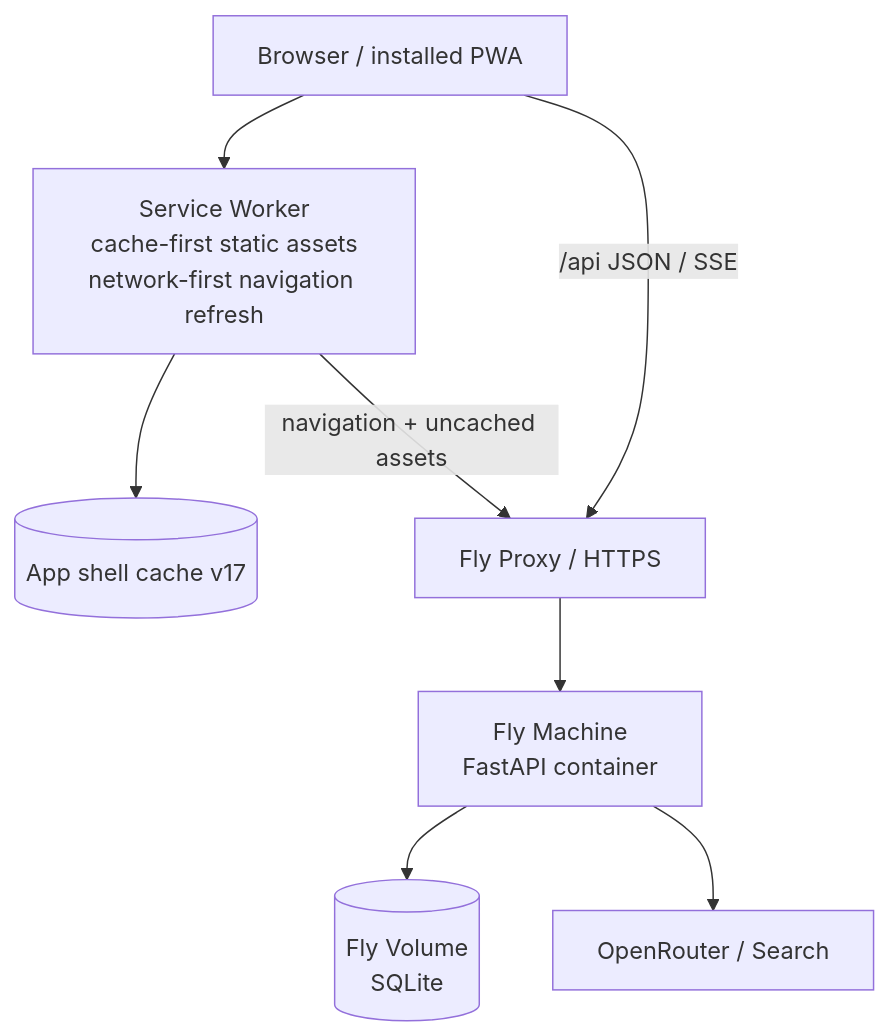
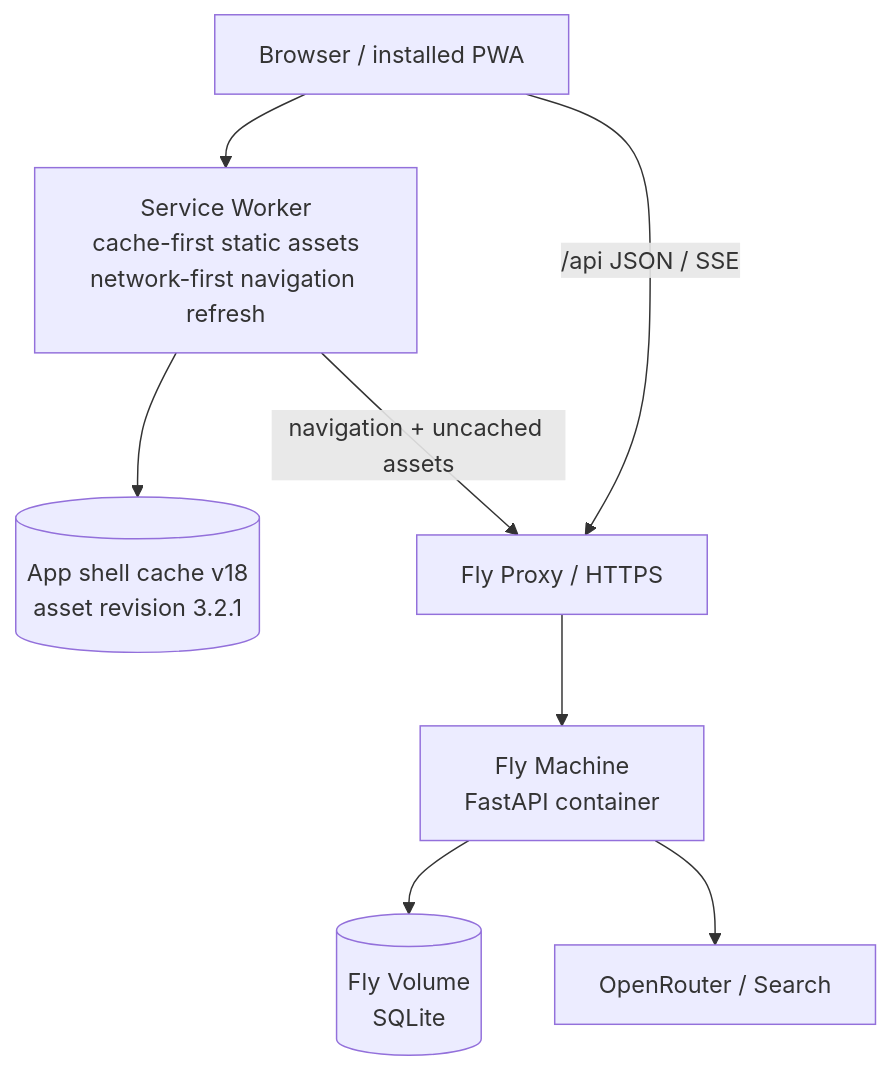
The sixth of 6 diagrams in docs/architecture.md (Teng91/running-shoes), drawn with Mermaid before and after one commit. The commit also changed other lines of this file and 29 other files, not shown here.

````diff
--- a/docs/architecture.md
+++ b/docs/architecture.md
@@ -202,18 +218,18 @@
 ```mermaid
 flowchart TB
     Browser[Browser / installed PWA]
     SW[Service Worker<br/>cache-first static assets<br/>network-first navigation refresh]
-    Shell[(App shell cache v17)]
+    Shell[(App shell cache v18<br/>asset revision 3.2.1)]
     FlyProxy[Fly Proxy / HTTPS]
     Machine[Fly Machine<br/>FastAPI container]
     Volume[(Fly Volume<br/>SQLite)]
     External[OpenRouter / Search]
 
     Browser --> SW
     SW --> Shell
     SW -->|navigation + uncached assets| FlyProxy
     Browser -->|/api JSON / SSE| FlyProxy
     FlyProxy --> Machine
     Machine --> Volume
     Machine --> External
 ```
````
